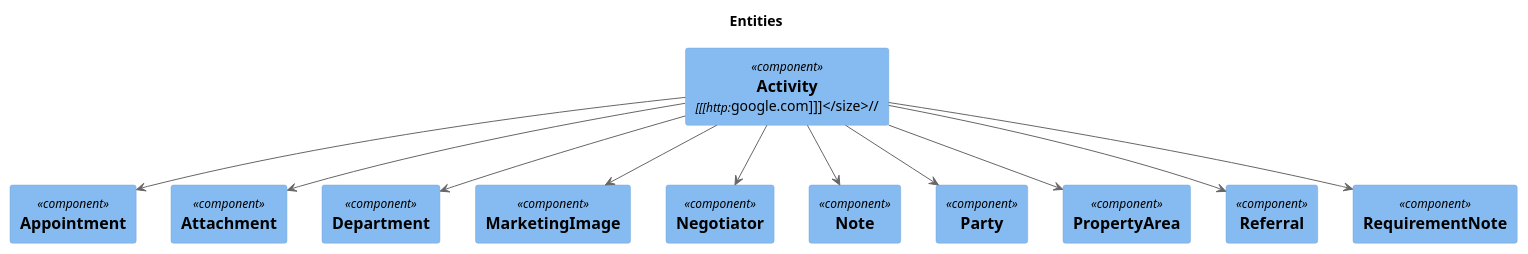
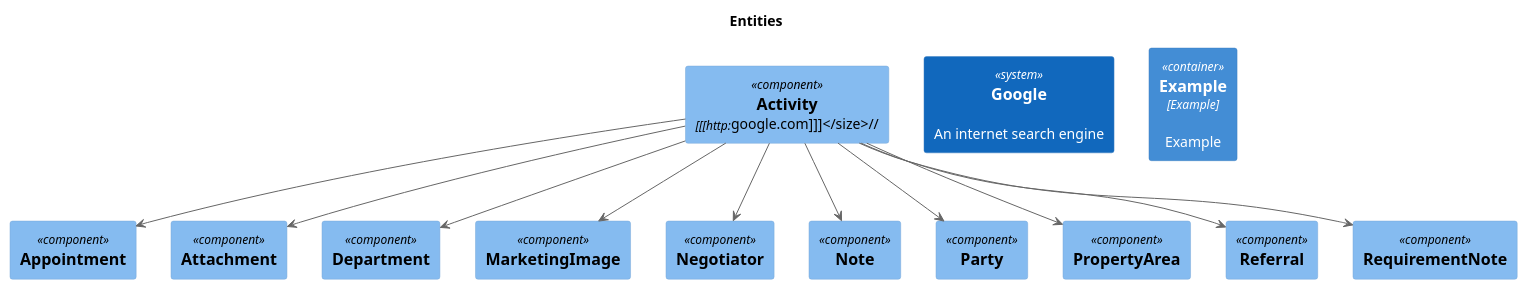
Before and after one commit to Kf-GaryNewport/Kf-GaryNewport.github.io: the diagram in assets/Stratergy/Database/Entities.puml, drawn with PlantUML.

```diff
--- a/assets/Stratergy/Database/Entities.puml
+++ b/assets/Stratergy/Database/Entities.puml
@@ -1,34 +1,38 @@
 @startuml
 
 title Entities 
 
 'left to right direction
 
 !includeurl https://raw.githubusercontent.com/RicardoNiepel/C4-PlantUML/master/C4_Component.puml
 
 Component( Activity, "Activity", "[[http://google.com]]") 
 Component( Appointment, "Appointment", "") 
 Component( Attachment, "Attachment", "") 
 Component( Department, "Department", "") 
 Component( MarketingImage, "MarketingImage", "") 
 Component( Negotiator, "Negotiator", "") 
 Component( Note, "Note", "") 
 Component( Party, "Party", "") 
 Component( PropertyArea, "PropertyArea", "") 
 Component( Referral, "Referral", "") 
 Component( RequirementNote, "RequirementNote", "") 
 
 
 Activity --> Appointment
 Activity --> Attachment
 Activity --> Department
 Activity --> MarketingImage
 Activity --> Negotiator
 Activity --> Note
 Activity --> Party
 Activity --> PropertyArea
 Activity --> Referral
 Activity --> RequirementNote
 
+System(google[[https://google.com]], "Google", "An internet search engine")
+/' or '/
+Container(example, "Example", "Example", "Example") [[https://google.com]]
+
 
 @enduml
```
